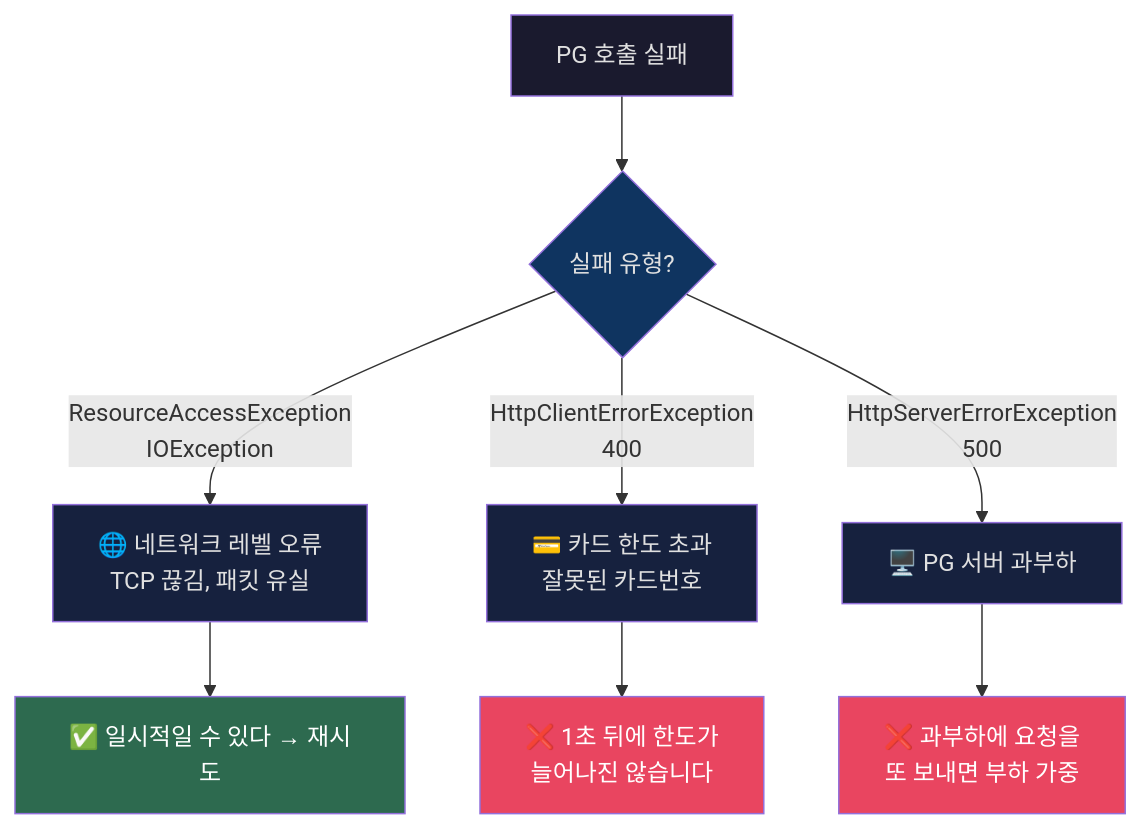
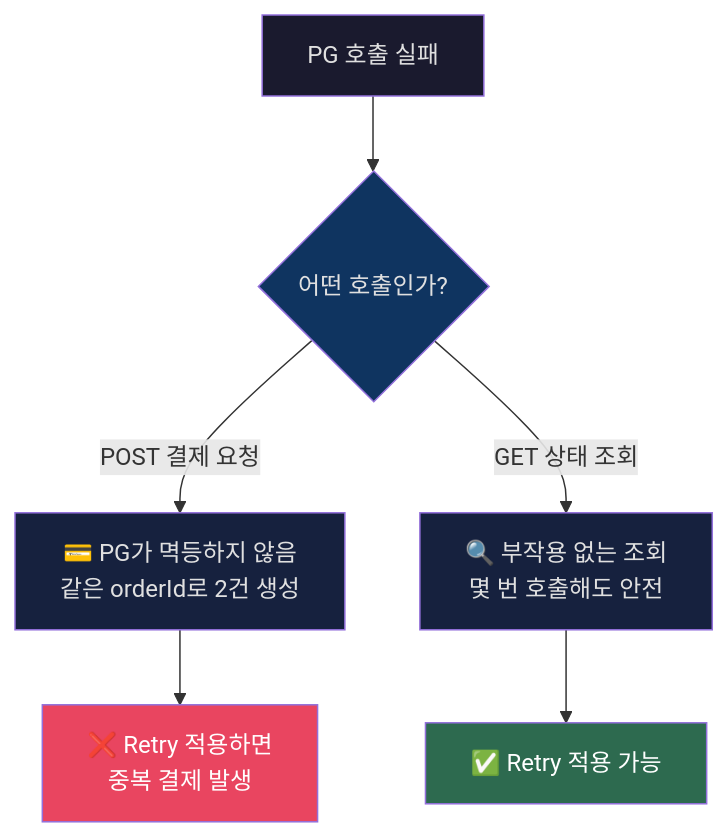
The third of 10 diagrams in contents/posts/roopers/technical-writing/round6/index.md (hyungkishin/hyungkishin.github.io), drawn with Mermaid before and after one commit. The commit also changed other lines of this file and 1 other file, not shown here.

````diff
--- a/contents/posts/roopers/technical-writing/round6/index.md
+++ b/contents/posts/roopers/technical-writing/round6/index.md
@@ -144,22 +136,17 @@
 ```mermaid
 flowchart TD
-    A["PG 호출 실패"] --> B{실패 유형?}
+    A["PG 호출 실패"] --> B{어떤 호출인가?}
 
-    B -->|"ResourceAccessException\nIOException"| C["🌐 네트워크 레벨 오류\nTCP 끊김, 패킷 유실"]
-    C --> D["✅ 일시적일 수 있다 → 재시도"]
+    B -->|"POST 결제 요청"| C["💳 PG가 멱등하지 않음\n같은 orderId로 2건 생성"]
+    C --> D["❌ Retry 적용하면\n중복 결제 발생"]
 
-    B -->|"HttpClientErrorException\n400"| E["💳 카드 한도 초과\n잘못된 카드번호"]
-    E --> F["❌ 1초 뒤에 한도가\n늘어나진 않습니다"]
-
-    B -->|"HttpServerErrorException\n500"| G["🖥️ PG 서버 과부하"]
-    G --> H["❌ 과부하에 요청을\n또 보내면 부하 가중"]
+    B -->|"GET 상태 조회"| E["🔍 부작용 없는 조회\n몇 번 호출해도 안전"]
+    E --> F["✅ Retry 적용 가능"]
 
     style A fill:#1a1a2e,color:#e0e0e0
     style B fill:#0f3460,color:#e0e0e0
     style C fill:#16213e,color:#e0e0e0
-    style D fill:#2d6a4f,color:#ffffff
+    style D fill:#e94560,color:#ffffff
     style E fill:#16213e,color:#e0e0e0
-    style F fill:#e94560,color:#ffffff
-    style G fill:#16213e,color:#e0e0e0
-    style H fill:#e94560,color:#ffffff
+    style F fill:#2d6a4f,color:#ffffff
 ```
````
